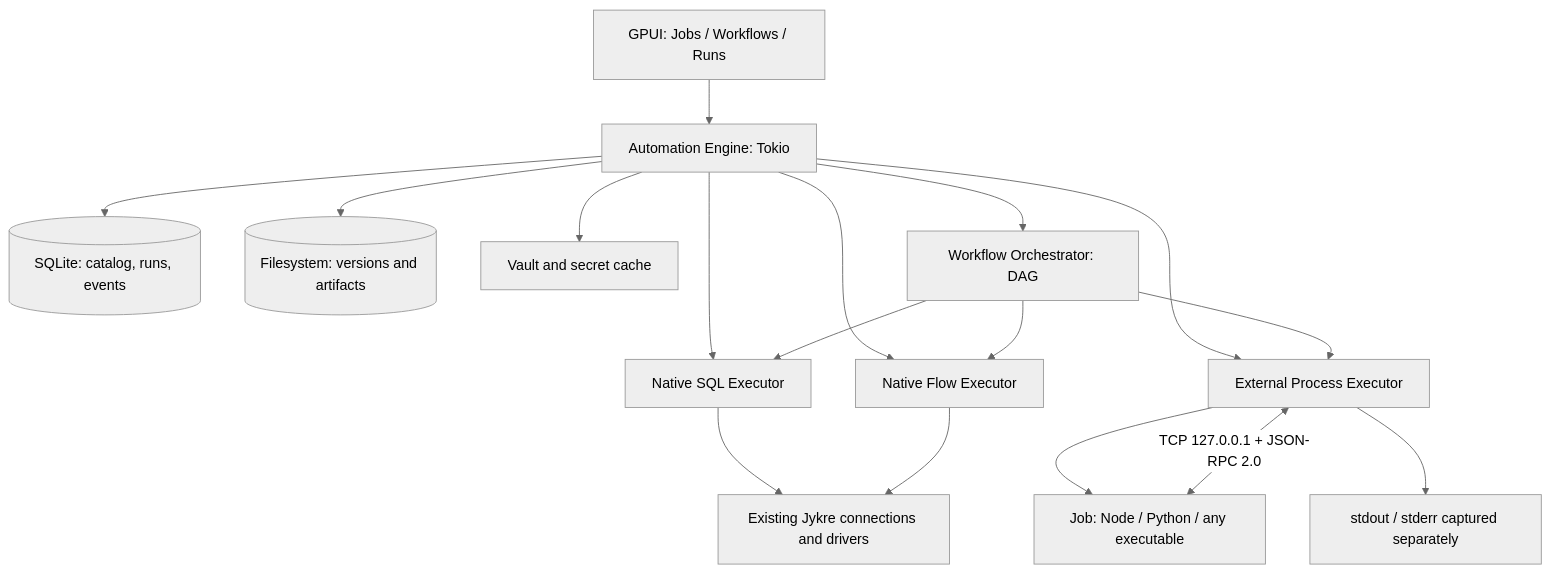
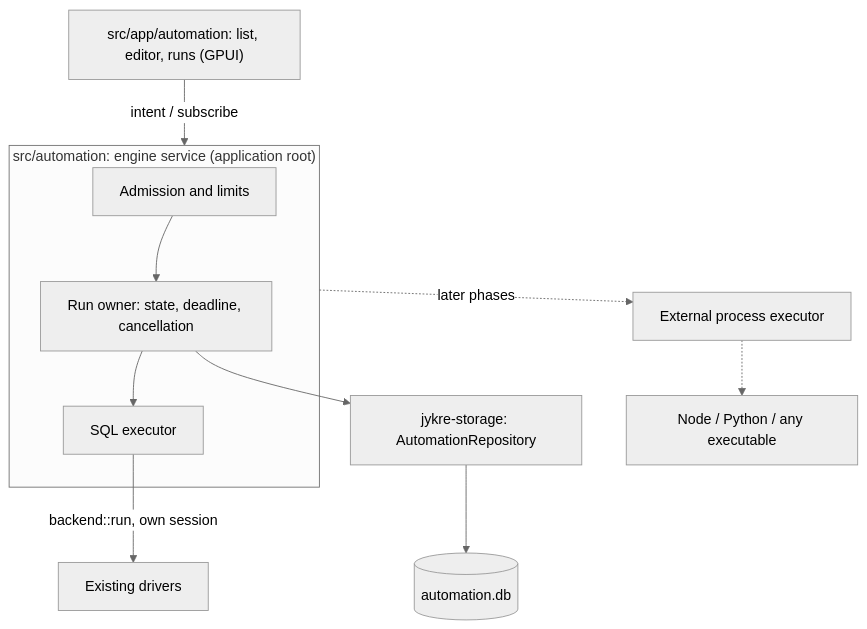
One commit to alandariva/jovru changed the diagram in docs/plans/automation-engine-specification.md. Above: the diagram before and after it, drawn with Mermaid (neutral theme). The commit also changed other lines of this file and 3 other files, not shown here.

First line of the commit message:
Consolidate the automation specification and plan a SQL Job PoC

````diff
--- a/docs/plans/automation-engine-specification.md
+++ b/docs/plans/automation-engine-specification.md
@@ -68,19 +92,13 @@
 ```mermaid
 flowchart TB
-  UI[GPUI: Jobs / Workflows / Runs] --> ENGINE[Automation Engine: Tokio]
-  ENGINE --> STORE[(SQLite: catalog, runs, events)]
-  ENGINE --> ART[(Filesystem: versions and artifacts)]
-  ENGINE --> VAULT[Vault and secret cache]
-  ENGINE --> SQL[Native SQL Executor]
-  ENGINE --> FLOW[Native Flow Executor]
-  ENGINE --> PROC[External Process Executor]
-  SQL --> DBS[Existing Jykre connections and drivers]
-  FLOW --> DBS
-  PROC --> JOB[Job: Node / Python / any executable]
-  PROC <-->|TCP 127.0.0.1 + JSON-RPC 2.0| JOB
-  PROC --> LOGS[stdout / stderr captured separately]
-  ENGINE --> DAG[Workflow Orchestrator: DAG]
-  DAG --> SQL
-  DAG --> FLOW
-  DAG --> PROC
+  VIEWS["src/app/automation: list, editor, runs (GPUI)"] -->|intent / subscribe| ENGINE
+  subgraph ENGINE["src/automation: engine service (application root)"]
+    ADMIT[Admission and limits] --> OWNER[Run owner: state, deadline, cancellation]
+    OWNER --> SQLX[SQL executor]
+  end
+  SQLX -->|backend::run, own session| DRIVERS[Existing drivers]
+  OWNER --> REPO["jykre-storage: AutomationRepository"]
+  REPO --> DB[("automation.db")]
+  ENGINE -.later phases.-> PROC[External process executor]
+  PROC -.-> JOB[Node / Python / any executable]
 ```
````
